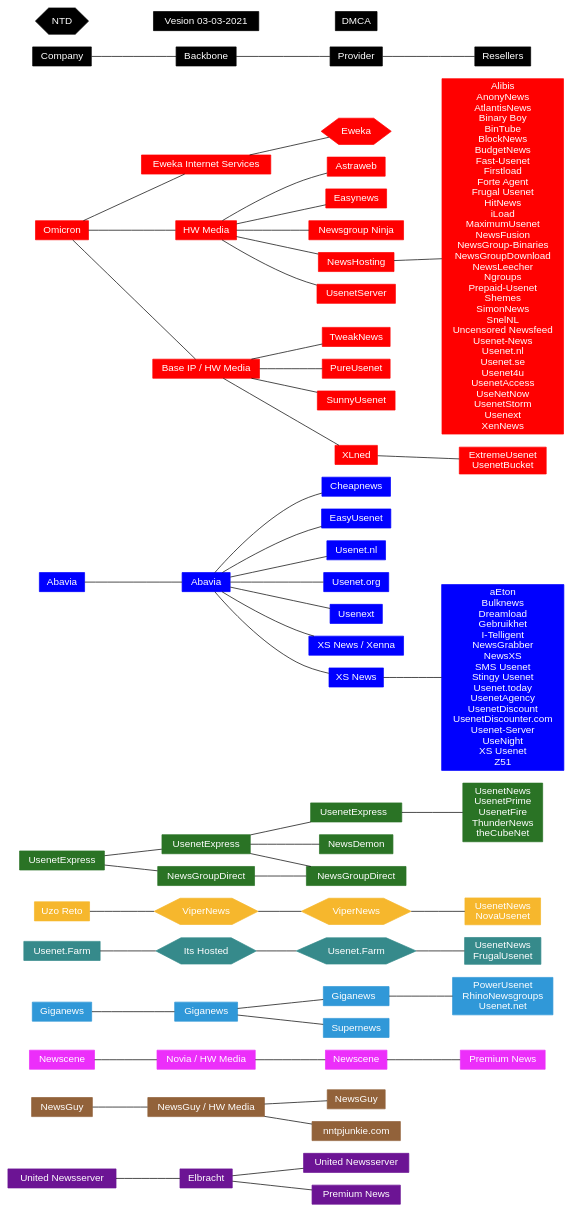
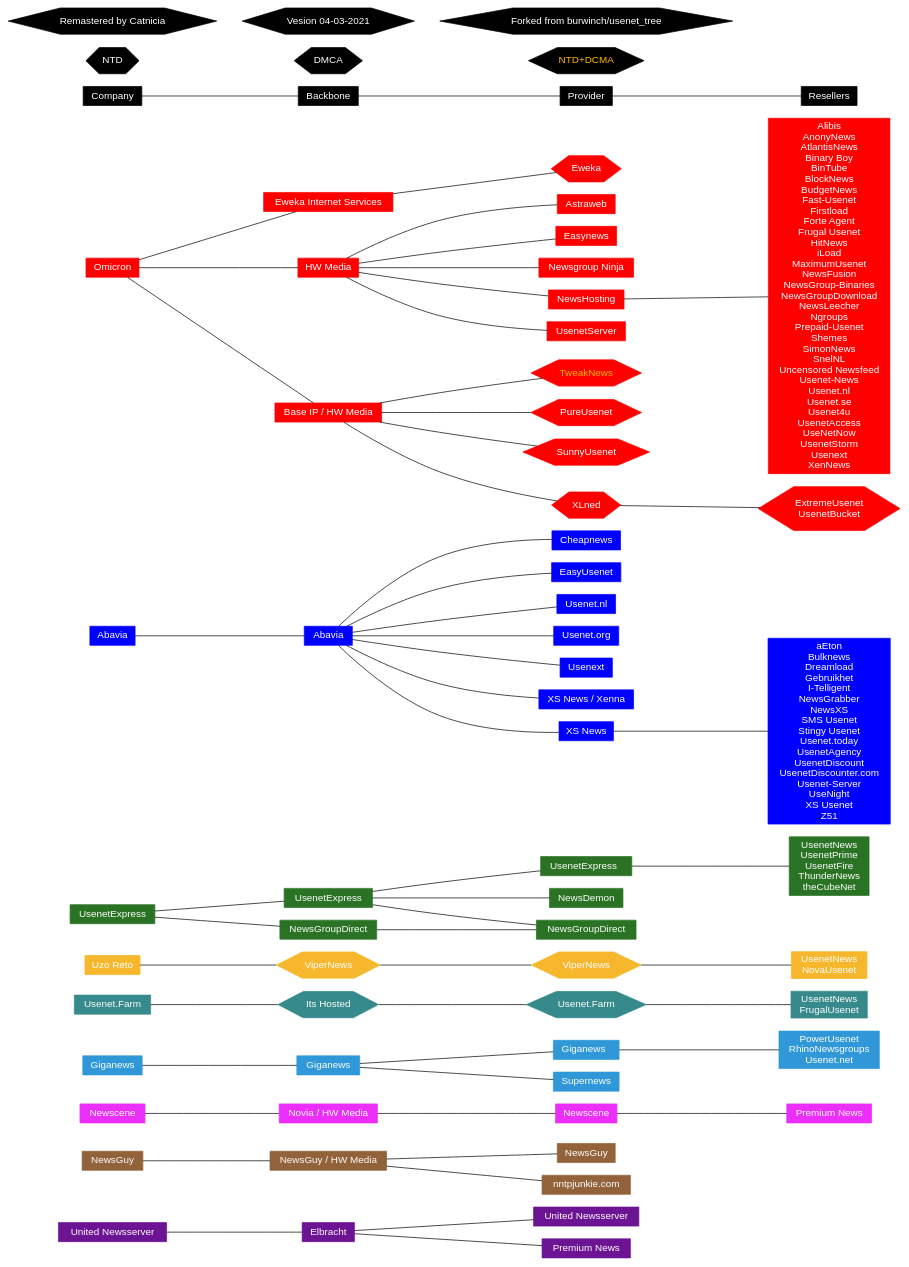
The diagram in graph.gv (hassonipulus/usenet_tree), drawn with Graphviz before and after one commit.

```diff
--- a/graph.gv
+++ b/graph.gv
@@ -1,106 +1,113 @@
 
 # https://edotor.net/
 graph graphname {
 bgcolor=white  	#background color
 rankdir=LR 		#direction of graph, eg LR is Left-to-Right ,TB is Top-to-Bottom
 node [shape = box  style=filled fontcolor=white height=.37 fontname=Helvetica] #these effect everything below unless overridden by another "node[]" statement
 edge [color=black] #the edge is the lines between company/backbone/provider reseller
 
     node [color="#6c1494"] #we change the colour of each company, eg omicron is "red"
 "United Newsserver " --	"Elbracht"
 "Elbracht" -- "United Newsserver"
 "Elbracht" -- "Premium News "
      
     node [color="#92623a"]
 "NewsGuy " -- "NewsGuy / HW Media" -- "NewsGuy"
 "NewsGuy / HW Media" -- "nntpjunkie.com"
 
     node [color="#ec2efa"]
 "Newscene " -- "Novia / HW Media" -- "Newscene" -- "Premium News"
  
     node [color="#3098d8"]
 "Giganews" --	"Giganews " -- "Giganews  "
 "Giganews " --	"Supernews"
 "Giganews  " --	"PowerUsenet\nRhinoNewsgroups\nUsenet.net"
 
     node [color="#368a8b"]
 "Usenet.Farm " -- {node[shape=hexagon]"Its Hosted"} -- {node[shape=hexagon]"Usenet.Farm"} -- "UsenetNews\nFrugalUsenet" #the "{node[shape=folder fontcolor=orange]"Usenet.Farm"}" is for marking something as NTD
  
     node [color="#f6b72d"]
 "Uzo Reto" -- {node[shape=hexagon]"ViperNews"} -- {node[shape=hexagon]"ViperNews "} -- " UsenetNews\nNovaUsenet"
  
     node [color="#2a7325"]
 "UsenetExpress" -- "UsenetExpress " -- "UsenetExpress  " -- "UsenetNews\nUsenetPrime\n UsenetFire\nThunderNews\n theCubeNet"
 "UsenetExpress " -- "NewsDemon"
 "UsenetExpress " -- "NewsGroupDirect "
 "UsenetExpress" -- "NewsGroupDirect" -- "NewsGroupDirect "
  
     node [color=blue]
 "Abavia" -- "Abavia " -- "Cheapnews"
 "Abavia " -- "EasyUsenet"
 "Abavia " -- "Usenet.nl"
 "Abavia " -- "Usenet.org"
 "Abavia " -- "Usenext"
 "Abavia " -- "XS News / Xenna"
 "Abavia " -- "XS News"
 "XS News" -- "aEton\nBulknews\nDreamload\nGebruikhet\nI-Telligent\nNewsGrabber\nNewsXS\nSMS Usenet\nStingy Usenet\nUsenet.today\nUsenetAgency\nUsenetDiscount\nUsenetDiscounter.com\nUsenet-Server\nUseNight\nXS Usenet\nZ51"
  
     node [color=red]
 "Omicron" --  "Eweka Internet Services" -- {node[shape=hexagon] Eweka}
 "Omicron" -- "HW Media"
 "HW Media" -- "Astraweb"
 "HW Media" -- "Easynews"
 "HW Media" -- "Newsgroup Ninja"
 "HW Media" -- "NewsHosting"
 "HW Media" -- "UsenetServer"
 "NewsHosting" -- "Alibis\nAnonyNews\nAtlantisNews\nBinary Boy\nBinTube\nBlockNews\nBudgetNews\nFast-Usenet\nFirstload\nForte Agent\nFrugal Usenet\nHitNews\niLoad\nMaximumUsenet\nNewsFusion\nNewsGroup-Binaries\nNewsGroupDownload\nNewsLeecher\nNgroups\nPrepaid-Usenet\nShemes\nSimonNews\nSnelNL\nUncensored Newsfeed\nUsenet-News\nUsenet.nl\nUsenet.se\nUsenet4u\nUsenetAccess\nUseNetNow\nUsenetStorm\nUsenext\nXenNews"
  
 "Omicron" -- "Base IP / HW Media"
+"Base IP / HW Media"
+node[shape=hexagon fontcolor="#ffb700"]
 "Base IP / HW Media" -- "TweakNews"
+node[fontcolor=white]
 "Base IP / HW Media" -- "PureUsenet"
 "Base IP / HW Media" -- "SunnyUsenet"
 "Base IP / HW Media" -- "XLned"
 "XLned" -- "ExtremeUsenet\nUsenetBucket"
 
     node [shape = box style="filled" color=black] 
 "Company" -- "Backbone" -- "Provider" -- "Resellers"
-edge [style=invis]
-"Vesion 03-03-2021" -- "DMCA"
+	node[shape=hexagon fillcolor=black] edge [style=invis]
+"NTD"  -- "DMCA"
 
-	node[shape=hexagon fillcolor=black] edge [style=invis]
-"NTD" -- "Vesion 03-03-2021"
+	node[shape=hexagon fillcolor=black fontcolor="#ffb700"] edge [style=invis]
+"NTD"  -- "DMCA" -- "NTD+DCMA"
+node[fontcolor=white] edge [style=invis]
+"Remastered by Catnicia"--"Vesion 04-03-2021" -- "Forked from burwinch/usenet_tree"
+
+
 }
 
 /*The " -- " symbol defiines a relationship between "parent -- child"
 
 Some companies/providers/backbones have the same name Eg Altopia_company_ serves Altopia_backbone
 who then serves Altopia_provider, because they all have to have unique names I just added some extra spaces
 at the end eg "Altopia" -- "Altopia " -- "Altoipia  "
 
 
 To generate an updated version it's all doable in your browser and we've kept it fairly simple.
 
 https://edotor.net/ is probably where you're viewing this from.
 
 As you edit the left text you'll see, in real time, the changes made on the right side.
 
 Importantly when you're done editing, in the top-left click the "Download" button, select SVG.
 
 Woopdidoo, you now have downloaded an updated tree diagram.
 
 Also importantly, in the top right corner click "Copy Share Link". Now you can share this link 
 for people to resume where ever you left off editing.
 
 
 The rest is fairly self explanitory. 
 
 For the non-programmers:
 
 The " -- " symbol defiines a relationship between "parent -- child"
 
 Curly braces "{}" constrict code to within the braces eg. "{node[shape=folder fontcolor=orange] Eweka}" the "shape" and "fontcolor" only effects "Eweka" because it's the only thing contained within the curly braces
 
 "\n" does a new line, eg "UsenetNews\nUsenetPrime\n UsenetFire" puts each reseller on a new line
 
 "#" is a comment which doesn't effect the code, effects from "#" til the end of the line
 */
```
